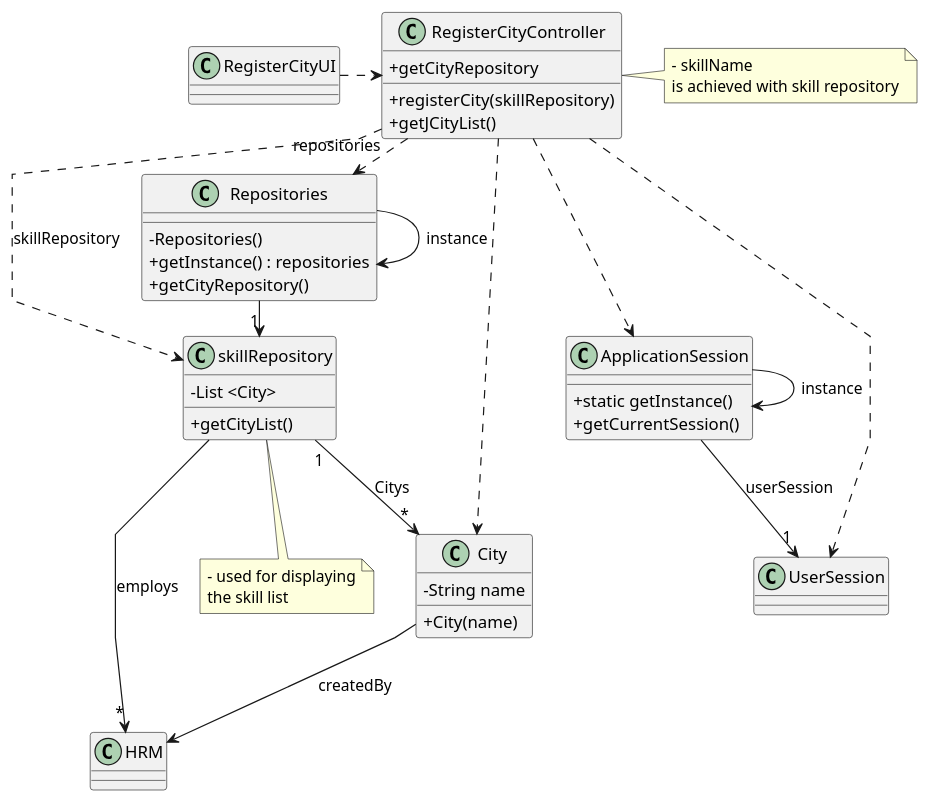
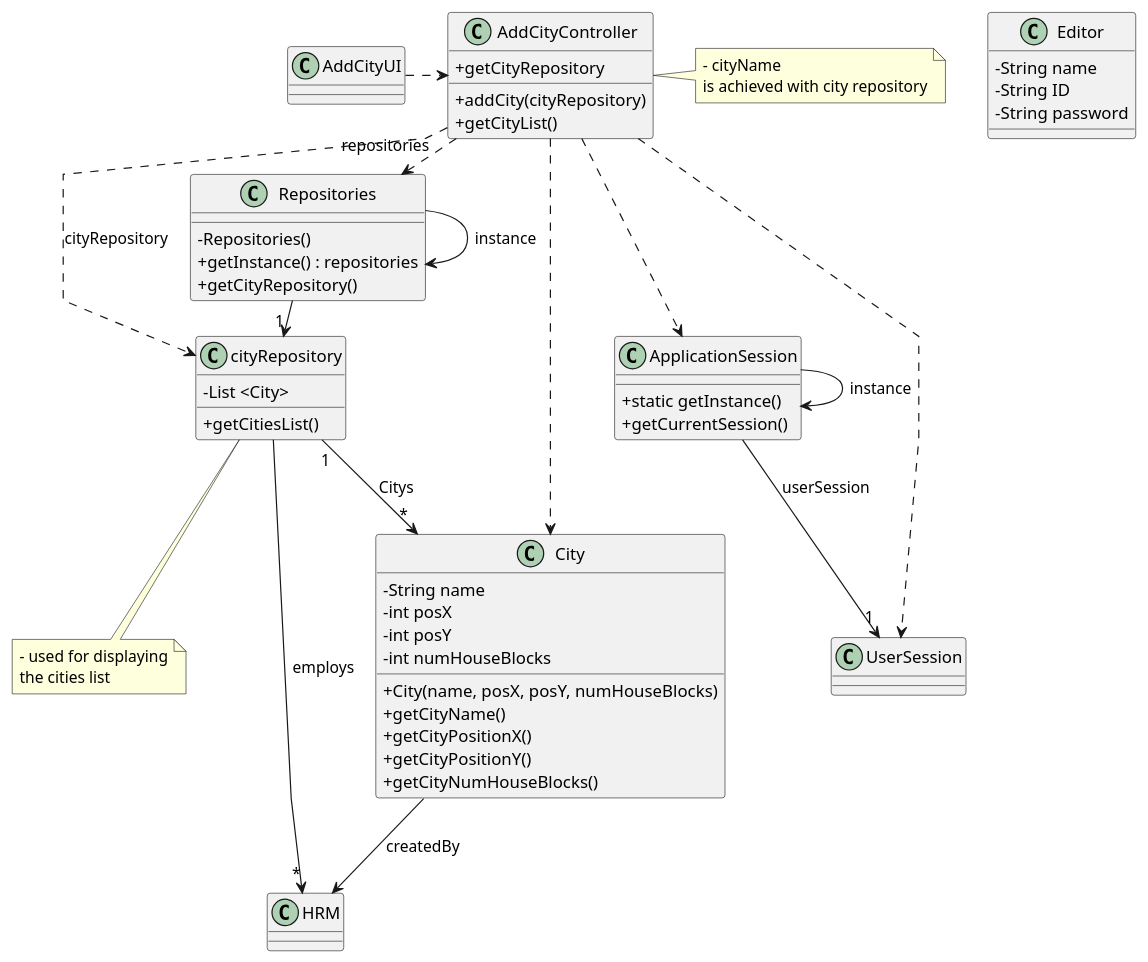
Before and after one commit to ivasduarte/all-aboard: the diagram in docs/sprint2/us003/03.design/puml/us003-class-diagram.puml, drawn with PlantUML. The commit also changed 3 other files, not shown here.

```diff
--- a/docs/sprint2/us003/03.design/puml/us003-class-diagram.puml
+++ b/docs/sprint2/us003/03.design/puml/us003-class-diagram.puml
@@ -1,85 +1,95 @@
 @startuml
 'skinparam monochrome true
 skinparam packageStyle rectangle
 skinparam shadowing false
 skinparam linetype polyline
 'skinparam linetype orto
 
 skinparam classAttributeIconSize 0
 
 'left to right direction
 
 class ApplicationSession{
     + static getInstance()
     + getCurrentSession()
 }
 
 class UserSession{
 }
 
-class HRM {
+class Editor {
+    - String name
+    - String ID
+    - String password
 }
 
 class City {
     - String name
-    + City(name)
+    - int posX
+    - int posY
+    - int numHouseBlocks
+    + City(name, posX, posY, numHouseBlocks)
+    + getCityName()
+    + getCityPositionX()
+    + getCityPositionY()
+    + getCityNumHouseBlocks()
 }
 
 
 
-class skillRepository {
+class cityRepository {
     - List <City>
-    + getCityList()
+    + getCitiesList()
 }
 
 
 class Repositories {
     - Repositories()
     + getInstance() : repositories
     + getCityRepository()
 
 }
 
-class RegisterCityController{
-    + registerCity(skillRepository)
-    + getJCityList()
+class AddCityController{
+    + addCity(cityRepository)
+    + getCityList()
     + getCityRepository
 }
 
-note right of RegisterCityController
-    - skillName
-    is achieved with skill repository
+note right of AddCityController
+    - cityName
+    is achieved with city repository
 end note
 
-note bottom of skillRepository
+note bottom of cityRepository
     - used for displaying
-    the skill list
+    the cities list
 end note
 
-class RegisterCityUI {
+class AddCityUI {
 }
 
 Repositories -> Repositories : instance
 ApplicationSession -> ApplicationSession : instance
 
-RegisterCityUI .> RegisterCityController
+AddCityUI .> AddCityController
 
-RegisterCityController .> Repositories : repositories
+AddCityController .> Repositories : repositories
 
-Repositories -> "1" skillRepository
-RegisterCityController ..> City
-RegisterCityController ..> skillRepository : skillRepository
+Repositories -> "1" cityRepository
+AddCityController ..> City
+AddCityController ..> cityRepository : cityRepository
 
 
 ApplicationSession --> "1" UserSession : userSession
 
-RegisterCityController ..> ApplicationSession
-RegisterCityController ..> UserSession
+AddCityController ..> ApplicationSession
+AddCityController ..> UserSession
 
-skillRepository "1" --> "*" City : Citys
+cityRepository "1" --> "*" City : Citys
 
 City--> HRM : createdBy
 
-skillRepository --> "*" HRM : employs
+cityRepository --> "*" HRM : employs
 
 @enduml
```
